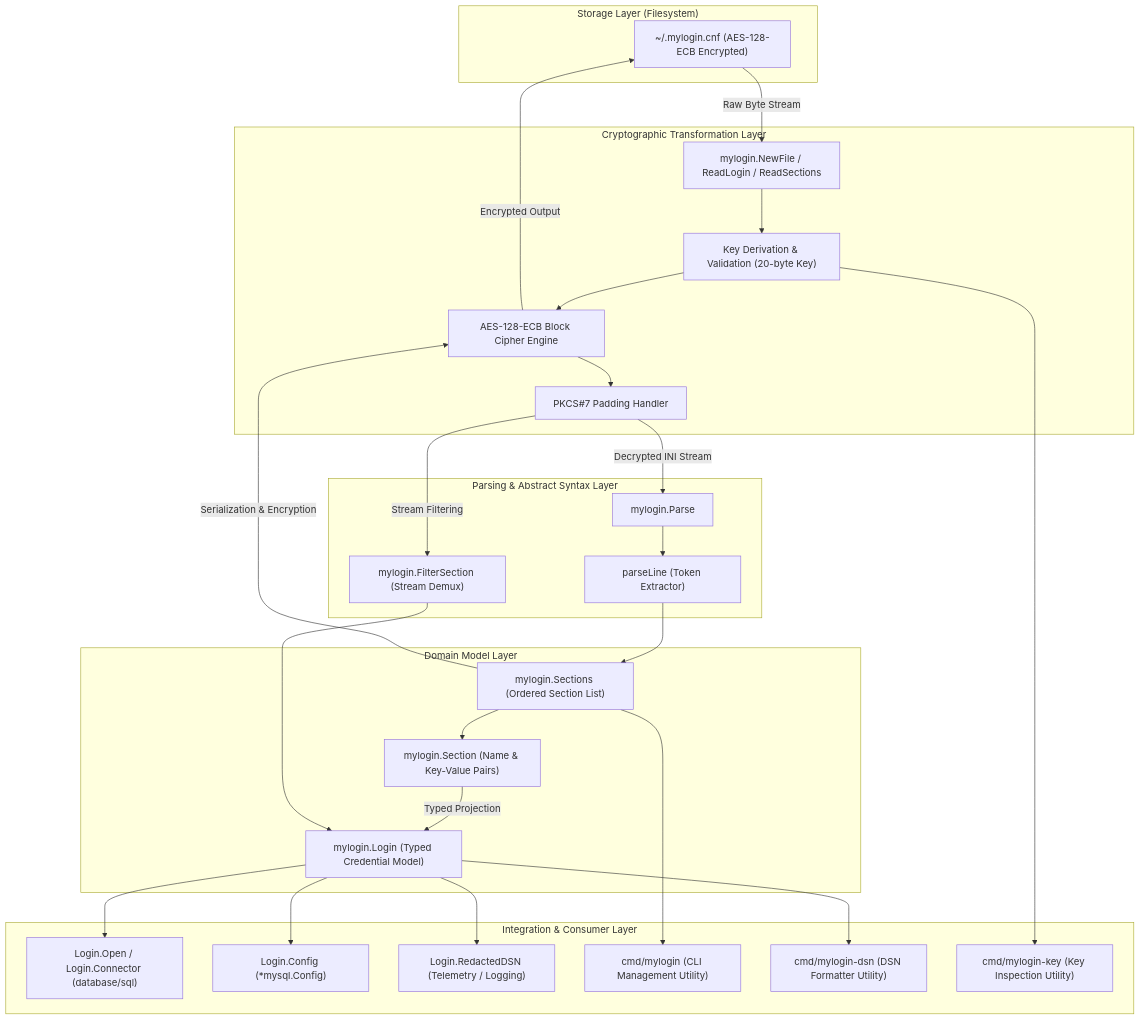
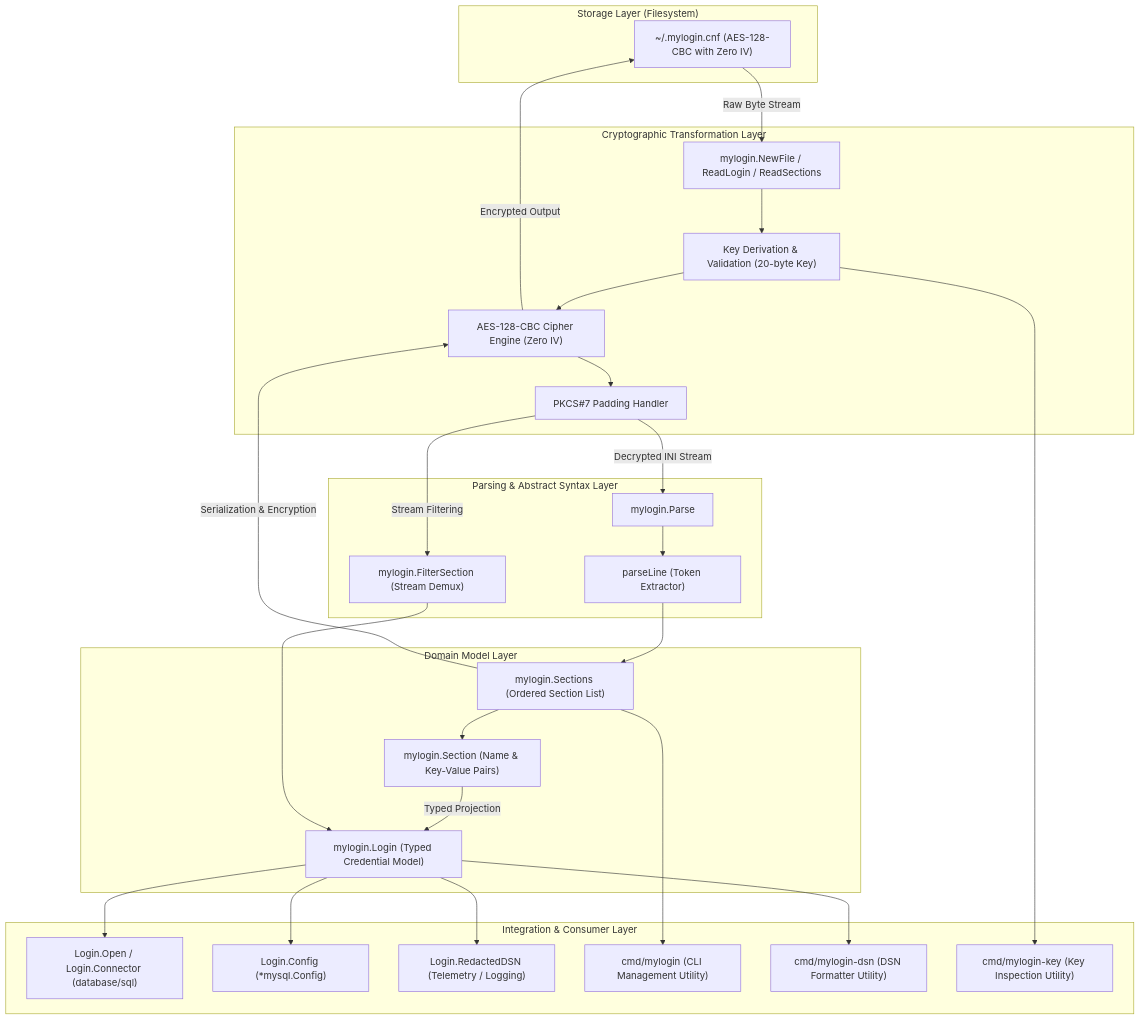
One commit to edsilegxrepo/mylogin changed the first of 4 diagrams in ARCHITECTURE.md. Above: the diagram before and after it, drawn with Mermaid. The commit also changed other lines of this file and 2 other files, not shown here.

Commit message:
docs: reconcile README, ARCHITECTURE, and TESTING documentation with codebase

````diff
--- a/ARCHITECTURE.md
+++ b/ARCHITECTURE.md
@@ -13,54 +13,54 @@
 ```mermaid
 graph TD
     subgraph StorageLayer["Storage Layer (Filesystem)"]
-        F1["~/.mylogin.cnf (AES-128-ECB Encrypted)"]
+        F1["~/.mylogin.cnf (AES-128-CBC with Zero IV)"]
     end
 
     subgraph CoreCrypto["Cryptographic Transformation Layer"]
         C1["mylogin.NewFile / ReadLogin / ReadSections"]
         C2["Key Derivation & Validation (20-byte Key)"]
-        C3["AES-128-ECB Block Cipher Engine"]
+        C3["AES-128-CBC Cipher Engine (Zero IV)"]
         C4["PKCS#7 Padding Handler"]
     end
 
     subgraph ParseLayer["Parsing & Abstract Syntax Layer"]
         P1["mylogin.Parse"]
         P2["mylogin.FilterSection (Stream Demux)"]
         P3["parseLine (Token Extractor)"]
     end
 
     subgraph ModelLayer["Domain Model Layer"]
         M1["mylogin.Sections (Ordered Section List)"]
         M2["mylogin.Section (Name & Key-Value Pairs)"]
         M3["mylogin.Login (Typed Credential Model)"]
     end
 
     subgraph IntegrationLayer["Integration & Consumer Layer"]
         I1["Login.Open / Login.Connector (database/sql)"]
         I2["Login.Config (*mysql.Config)"]
         I3["Login.RedactedDSN (Telemetry / Logging)"]
         I4["cmd/mylogin (CLI Management Utility)"]
         I5["cmd/mylogin-dsn (DSN Formatter Utility)"]
         I6["cmd/mylogin-key (Key Inspection Utility)"]
     end
 
     F1 -->|Raw Byte Stream| C1
     C1 --> C2
     C2 --> C3
     C3 --> C4
     C4 -->|Decrypted INI Stream| P1
     P1 --> P3
     P3 --> M1
     M1 --> M2
     M2 -->|Typed Projection| M3
     C4 -->|Stream Filtering| P2
     P2 --> M3
     M3 --> I1
     M3 --> I2
     M3 --> I3
     M1 --> I4
     M3 --> I5
     C2 --> I6
     M1 -->|Serialization & Encryption| C3
     C3 -->|Encrypted Output| F1
 ```
````
